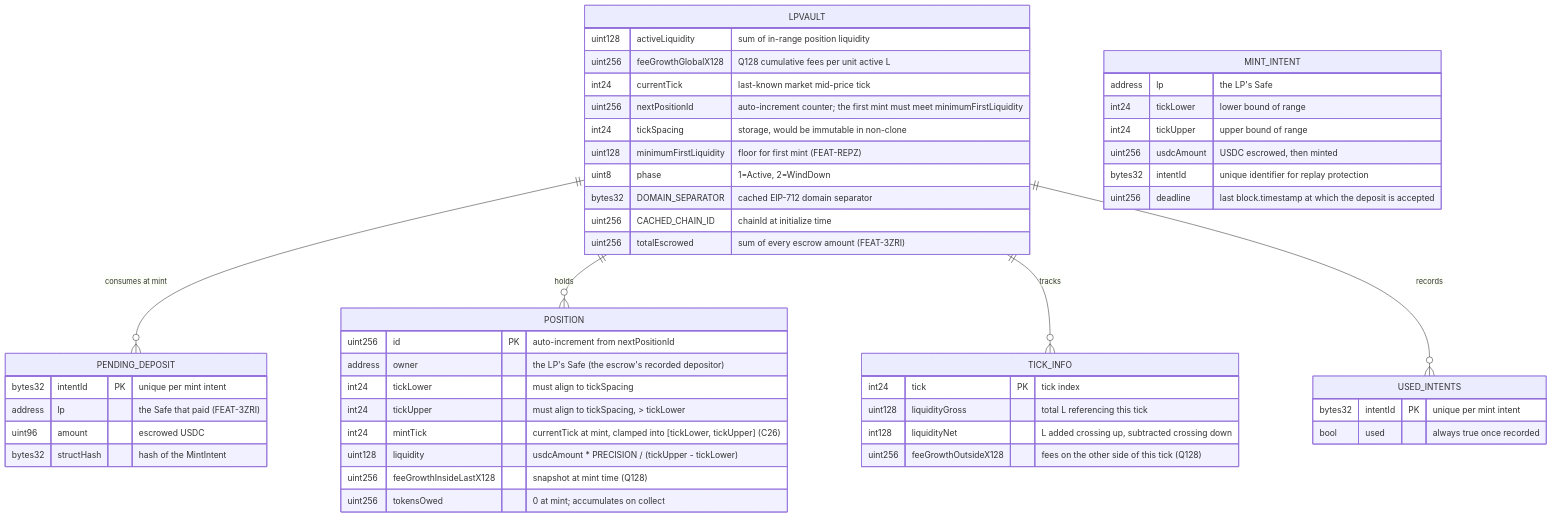
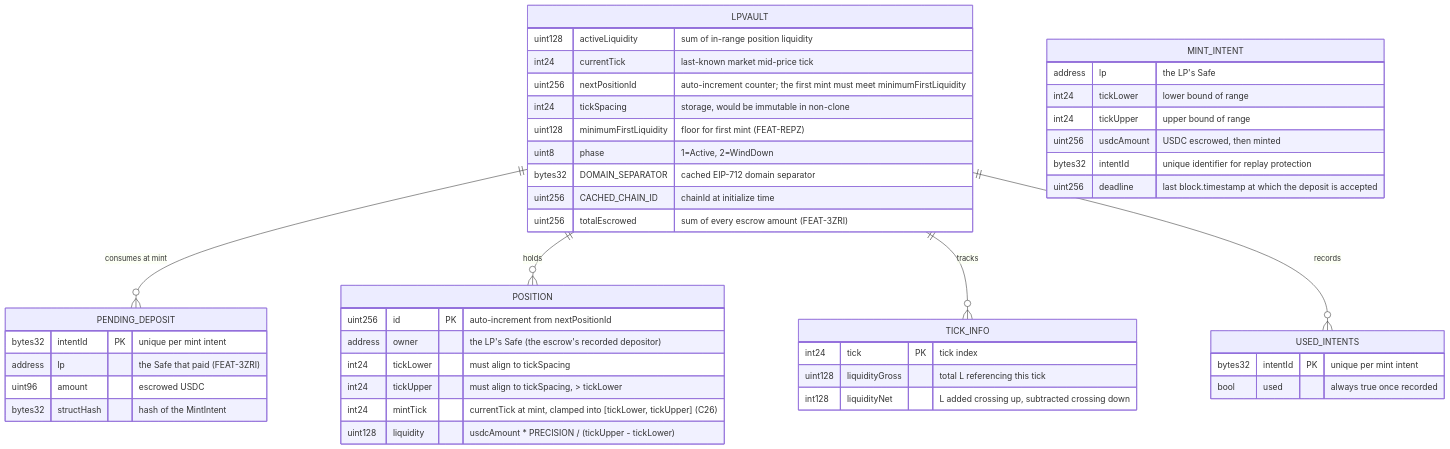
One commit to ProphetMarket/lp-vaults changed the third of 3 diagrams in specs/features/contracts/FEAT-T7AF-mint-lp-position/ARCHITECTURE.md. Above: the diagram before and after it, drawn with Mermaid. The commit also changed other lines of this file and 73 other files, not shown here.

````diff
--- a/specs/features/contracts/FEAT-T7AF-mint-lp-position/ARCHITECTURE.md
+++ b/specs/features/contracts/FEAT-T7AF-mint-lp-position/ARCHITECTURE.md
@@ -53,53 +53,49 @@
 ```mermaid
 erDiagram
     LPVAULT {
         uint128 activeLiquidity "sum of in-range position liquidity"
-        uint256 feeGrowthGlobalX128 "Q128 cumulative fees per unit active L"
         int24 currentTick "last-known market mid-price tick"
         uint256 nextPositionId "auto-increment counter; the first mint must meet minimumFirstLiquidity"
         int24 tickSpacing "storage, would be immutable in non-clone"
         uint128 minimumFirstLiquidity "floor for first mint (FEAT-REPZ)"
         uint8 phase "1=Active, 2=WindDown"
         bytes32 DOMAIN_SEPARATOR "cached EIP-712 domain separator"
         uint256 CACHED_CHAIN_ID "chainId at initialize time"
         uint256 totalEscrowed "sum of every escrow amount (FEAT-3ZRI)"
     }
     LPVAULT ||--o{ PENDING_DEPOSIT : "consumes at mint"
     PENDING_DEPOSIT {
         bytes32 intentId PK "unique per mint intent"
         address lp "the Safe that paid (FEAT-3ZRI)"
         uint96 amount "escrowed USDC"
         bytes32 structHash "hash of the MintIntent"
     }
     LPVAULT ||--o{ POSITION : "holds"
     LPVAULT ||--o{ TICK_INFO : "tracks"
     LPVAULT ||--o{ USED_INTENTS : "records"
     POSITION {
         uint256 id PK "auto-increment from nextPositionId"
         address owner "the LP's Safe (the escrow's recorded depositor)"
         int24 tickLower "must align to tickSpacing"
         int24 tickUpper "must align to tickSpacing, > tickLower"
         int24 mintTick "currentTick at mint, clamped into [tickLower, tickUpper] (C26)"
         uint128 liquidity "usdcAmount * PRECISION / (tickUpper - tickLower)"
-        uint256 feeGrowthInsideLastX128 "snapshot at mint time (Q128)"
-        uint256 tokensOwed "0 at mint; accumulates on collect"
     }
     TICK_INFO {
         int24 tick PK "tick index"
         uint128 liquidityGross "total L referencing this tick"
         int128 liquidityNet "L added crossing up, subtracted crossing down"
-        uint256 feeGrowthOutsideX128 "fees on the other side of this tick (Q128)"
     }
     USED_INTENTS {
         bytes32 intentId PK "unique per mint intent"
         bool used "always true once recorded"
     }
     MINT_INTENT {
         address lp "the LP's Safe"
         int24 tickLower "lower bound of range"
         int24 tickUpper "upper bound of range"
         uint256 usdcAmount "USDC escrowed, then minted"
         bytes32 intentId "unique identifier for replay protection"
         uint256 deadline "last block.timestamp at which the deposit is accepted"
     }
 ```
````
